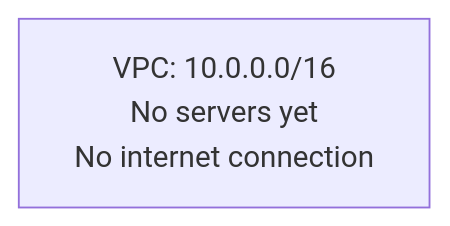
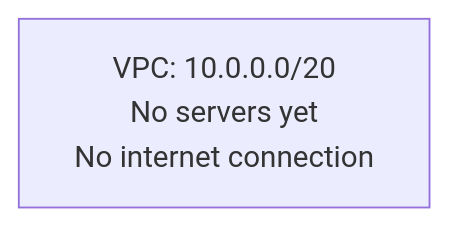
The first of 9 diagrams in docs/aws/networking.md (slinjhu/akashic), drawn with Mermaid before and after one commit. The commit also changed other lines of this file, not shown here.

Commit message:
docs: use a /20 VPC to clarify CIDR bit boundaries

````diff
--- a/docs/aws/networking.md
+++ b/docs/aws/networking.md
@@ -20,4 +20,4 @@
 ```mermaid
 flowchart TB
-    vpc["VPC: 10.0.0.0/16<br/>No servers yet<br/>No internet connection"]
+    vpc["VPC: 10.0.0.0/20<br/>No servers yet<br/>No internet connection"]
 ```
````
